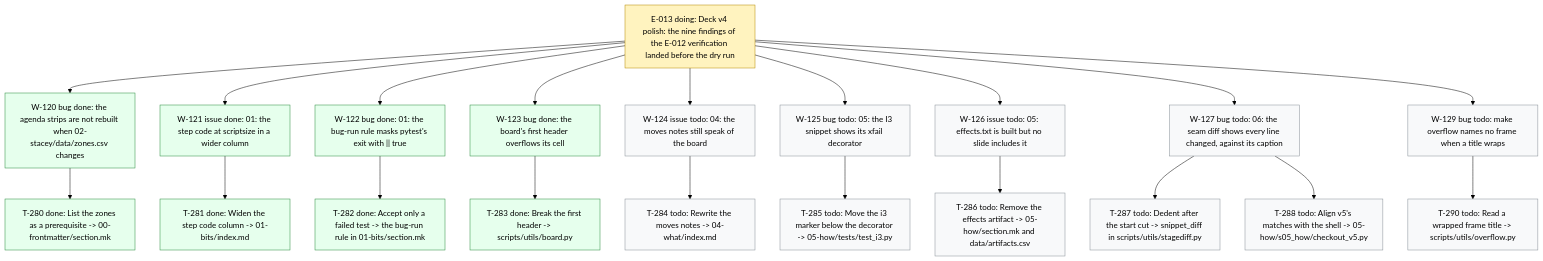
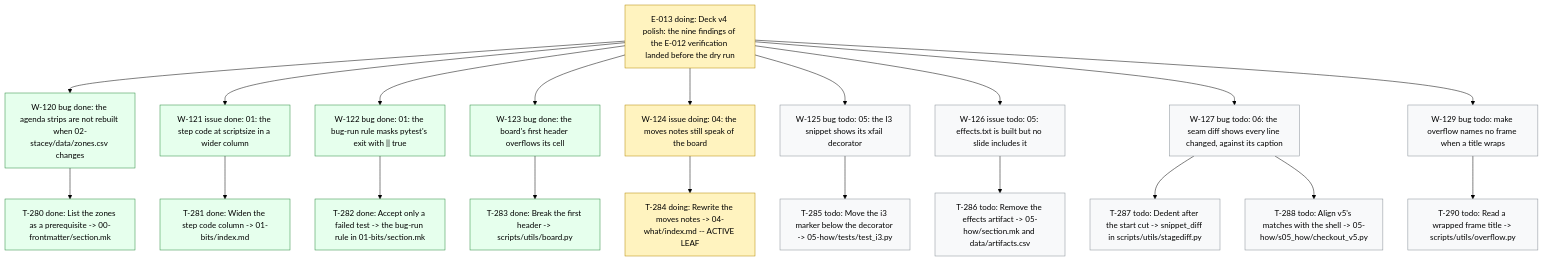
The diagram in .board/BOARD.md (dpopchev/chaos-to-simple), drawn with Mermaid (forest theme) before and after one commit. The commit also changed other lines of this file and 2 other files, not shown here.

Commit message:
chore(board): activate W-124, start T-284
Refs: W-124 T-284

````diff
--- a/.board/BOARD.md
+++ b/.board/BOARD.md
@@ -729,31 +729,31 @@
 ```mermaid
 flowchart TD
   E013["E-013 doing: Deck v4 polish: the nine findings of the E-012 verification landed before the dry run"]
   E013 --> W120["W-120 bug done: the agenda strips are not rebuilt when 02-stacey/data/zones.csv changes"]
   W120 --> T280["T-280 done: List the zones as a prerequisite -> 00-frontmatter/section.mk"]
   E013 --> W121["W-121 issue done: 01: the step code at scriptsize in a wider column"]
   W121 --> T281["T-281 done: Widen the step code column -> 01-bits/index.md"]
   E013 --> W122["W-122 bug done: 01: the bug-run rule masks pytest's exit with || true"]
   W122 --> T282["T-282 done: Accept only a failed test -> the bug-run rule in 01-bits/section.mk"]
   E013 --> W123["W-123 bug done: the board's first header overflows its cell"]
   W123 --> T283["T-283 done: Break the first header -> scripts/utils/board.py"]
-  E013 --> W124["W-124 issue todo: 04: the moves notes still speak of the board"]
-  W124 --> T284["T-284 todo: Rewrite the moves notes -> 04-what/index.md"]
+  E013 --> W124["W-124 issue doing: 04: the moves notes still speak of the board"]
+  W124 --> T284["T-284 doing: Rewrite the moves notes -> 04-what/index.md -- ACTIVE LEAF"]
   E013 --> W125["W-125 bug todo: 05: the I3 snippet shows its xfail decorator"]
   W125 --> T285["T-285 todo: Move the i3 marker below the decorator -> 05-how/tests/test_i3.py"]
   E013 --> W126["W-126 issue todo: 05: effects.txt is built but no slide includes it"]
   W126 --> T286["T-286 todo: Remove the effects artifact -> 05-how/section.mk and data/artifacts.csv"]
   E013 --> W127["W-127 bug todo: 06: the seam diff shows every line changed, against its caption"]
   W127 --> T287["T-287 todo: Dedent after the start cut -> snippet_diff in scripts/utils/stagediff.py"]
   W127 --> T288["T-288 todo: Align v5's matches with the shell -> 05-how/s05_how/checkout_v5.py"]
   E013 --> W129["W-129 bug todo: make overflow names no frame when a title wraps"]
   W129 --> T290["T-290 todo: Read a wrapped frame title -> scripts/utils/overflow.py"]
   classDef doing fill:#fff3bf,stroke:#b58900,color:#000;
   classDef blocked fill:#ffe3e3,stroke:#c92a2a,color:#000;
   classDef done fill:#e6ffed,stroke:#2b8a3e,color:#000;
   classDef todo fill:#f8f9fa,stroke:#868e96,color:#000;
   classDef pruned fill:#f1f3f5,stroke:#adb5bd,color:#000;
-  class E013 doing
+  class E013,W124,T284 doing
   class W120,T280,W121,T281,W122,T282,W123,T283 done
-  class W124,T284,W125,T285,W126,T286,W127,T287,T288,W129,T290 todo
+  class W125,T285,W126,T286,W127,T287,T288,W129,T290 todo
 ```
````
